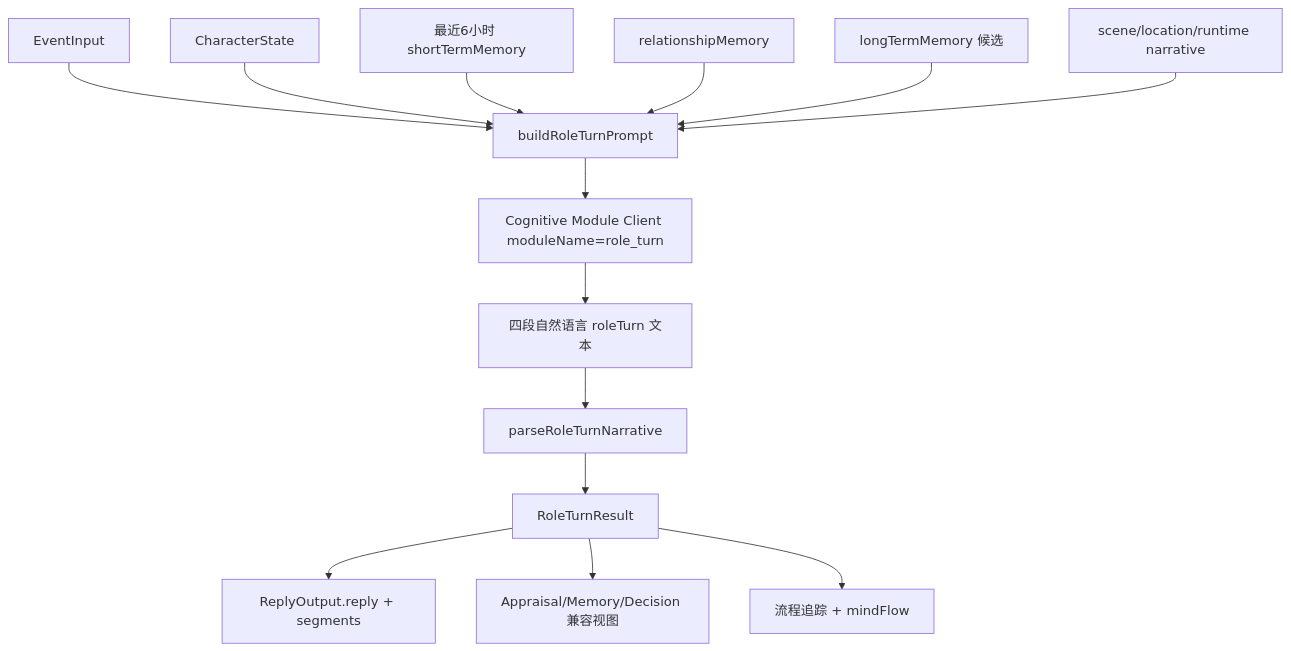
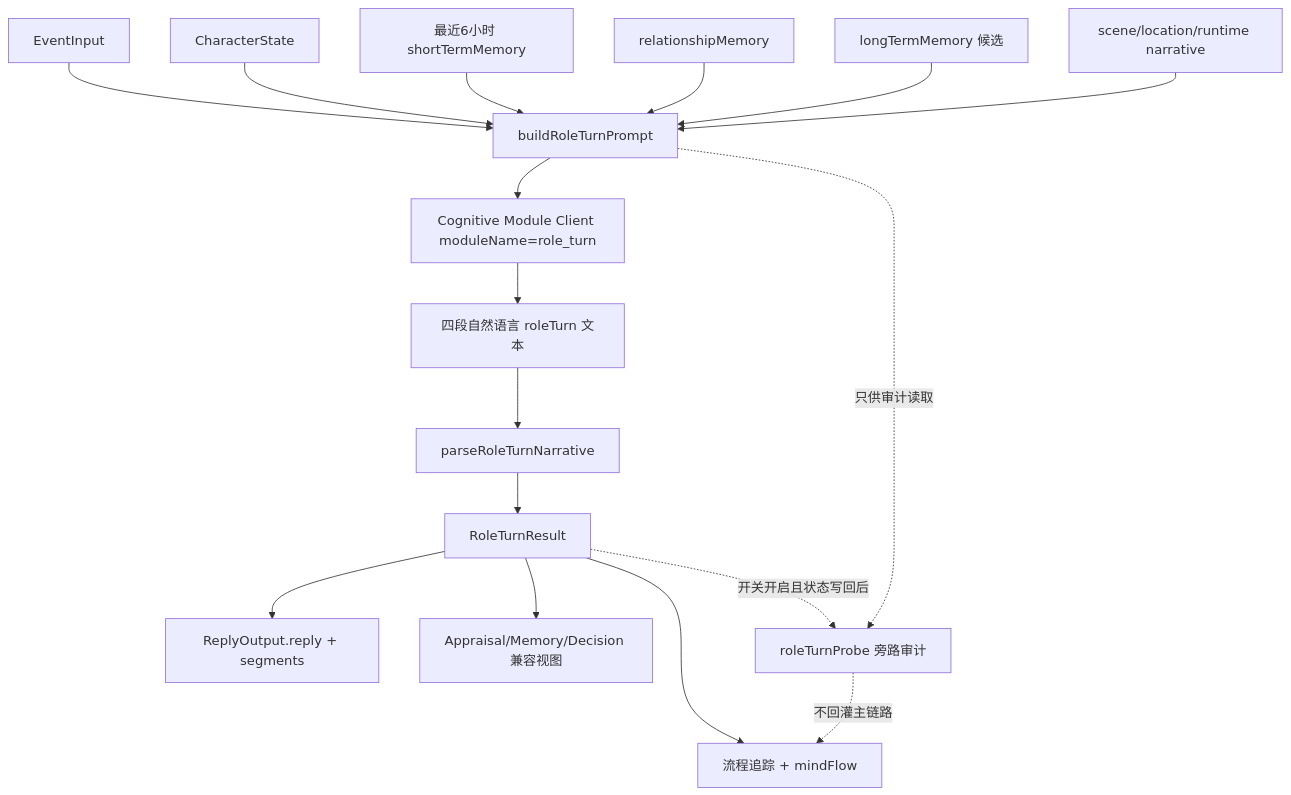
Diagram 16 of 32 in docs/SYSTEM_FLOW.md (ttmanthatman/virtual-human-flow), drawn with Mermaid before and after one commit. The commit also changed other lines of this file and 15 other files, not shown here.

Commit message:
feat: add role turn probe toggle

````diff
--- a/docs/SYSTEM_FLOW.md
+++ b/docs/SYSTEM_FLOW.md
@@ -432,16 +436,19 @@
 ```mermaid
 flowchart TD
     E["EventInput"] --> PROMPT["buildRoleTurnPrompt"]
     S["CharacterState"] --> PROMPT
     STM["最近6小时 shortTermMemory"] --> PROMPT
     RM["relationshipMemory"] --> PROMPT
     LTM["longTermMemory 候选"] --> PROMPT
     SCENE["scene/location/runtime narrative"] --> PROMPT
     PROMPT --> CLIENT["Cognitive Module Client moduleName=role_turn"]
     CLIENT --> RAW["四段自然语言 roleTurn 文本"]
     RAW --> PARSE["parseRoleTurnNarrative"]
     PARSE --> RESULT["RoleTurnResult"]
     RESULT --> REPLY["ReplyOutput.reply + segments"]
     RESULT --> VIEWS["Appraisal/Memory/Decision 兼容视图"]
     RESULT --> TRACE["流程追踪 + mindFlow"]
+    RESULT -. "开关开启且状态写回后" .-> PROBE["roleTurnProbe 旁路审计"]
+    PROMPT -. "只供审计读取" .-> PROBE
+    PROBE -. "不回灌主链路" .-> TRACE
 ```
````
